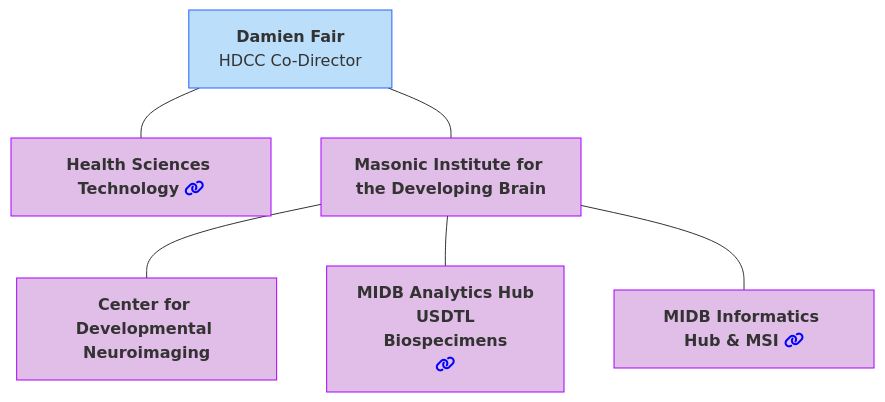
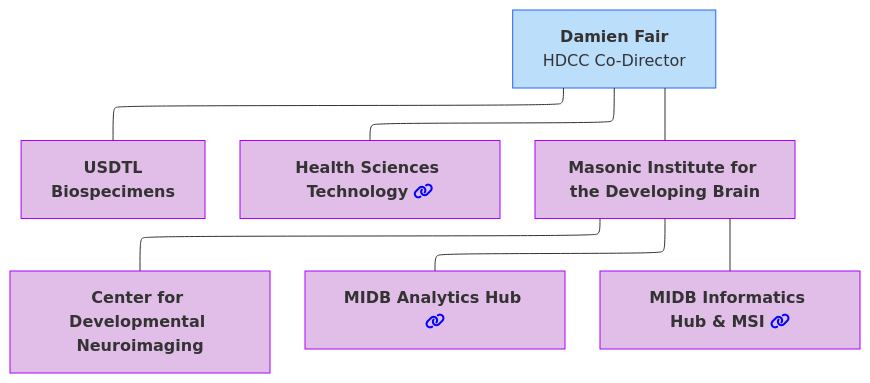
Before and after one commit to DCAN-Labs/hbcd-docs-internal: the seventh of 12 diagrams in docs/orgcharts.md, drawn with Mermaid.

````diff
--- a/docs/orgcharts.md
+++ b/docs/orgcharts.md
@@ -305,22 +305,25 @@
 ```mermaid
+---
+config:
+  layout: elk
+---
 flowchart TB
     A["<b>Damien Fair</b><br>HDCC Co-Director"] 
+    A --- biospec["<b>USDTL<br>Biospecimens</b>"]
     A --- HST["<b>Health Sciences Technology</b> <i class="fa-solid fa-link" style="color: blue;"></i>"]
     A --- n7["<b>Masonic Institute for the Developing Brain</b>"]
     n7 --- CDNI["<b>Center for Developmental Neuroimaging</b>"]
-    n7 --- genomics["<b>MIDB Analytics Hub</b>
-    <b>USDTL
-    Biospecimens</b>
-    <i class="fa-solid fa-link" style="color: blue;"></i>"]
+    n7 --- genomics["<b>MIDB Analytics Hub</b> <i class="fa-solid fa-link" style="color: blue;"></i>"]
     n7 --- informatics["<b>MIDB Informatics Hub &amp; MSI</b> <i class="fa-solid fa-link" style="color: blue;"></i>"]
     style A fill:#BBDEFB,stroke:#2962FF
     style HST fill:#E1BEE7,stroke:#AA00FF
     style CDNI fill:#E1BEE7,stroke:#AA00FF
     style genomics fill:#E1BEE7,stroke:#AA00FF
     style informatics fill:#E1BEE7,stroke:#AA00FF
     style n7 fill:#E1BEE7,stroke:#AA00FF
+    style biospec fill:#E1BEE7,stroke:#AA00FF
     click HST "#health-sciences-technology-hst"
     click CDNI "#center-for-developmental-neuroimaging"
     click genomics "#midb-analytics-hub"
     click informatics "#midb-informatics-hub-msi"
 ```
````
